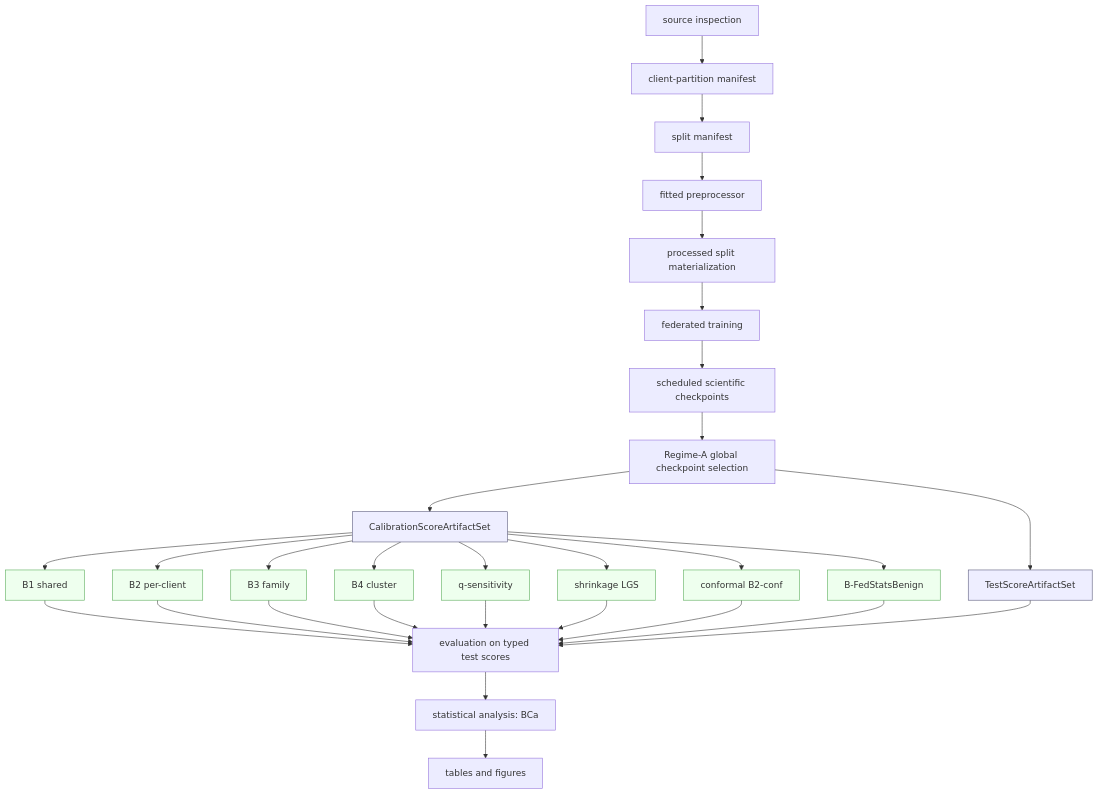
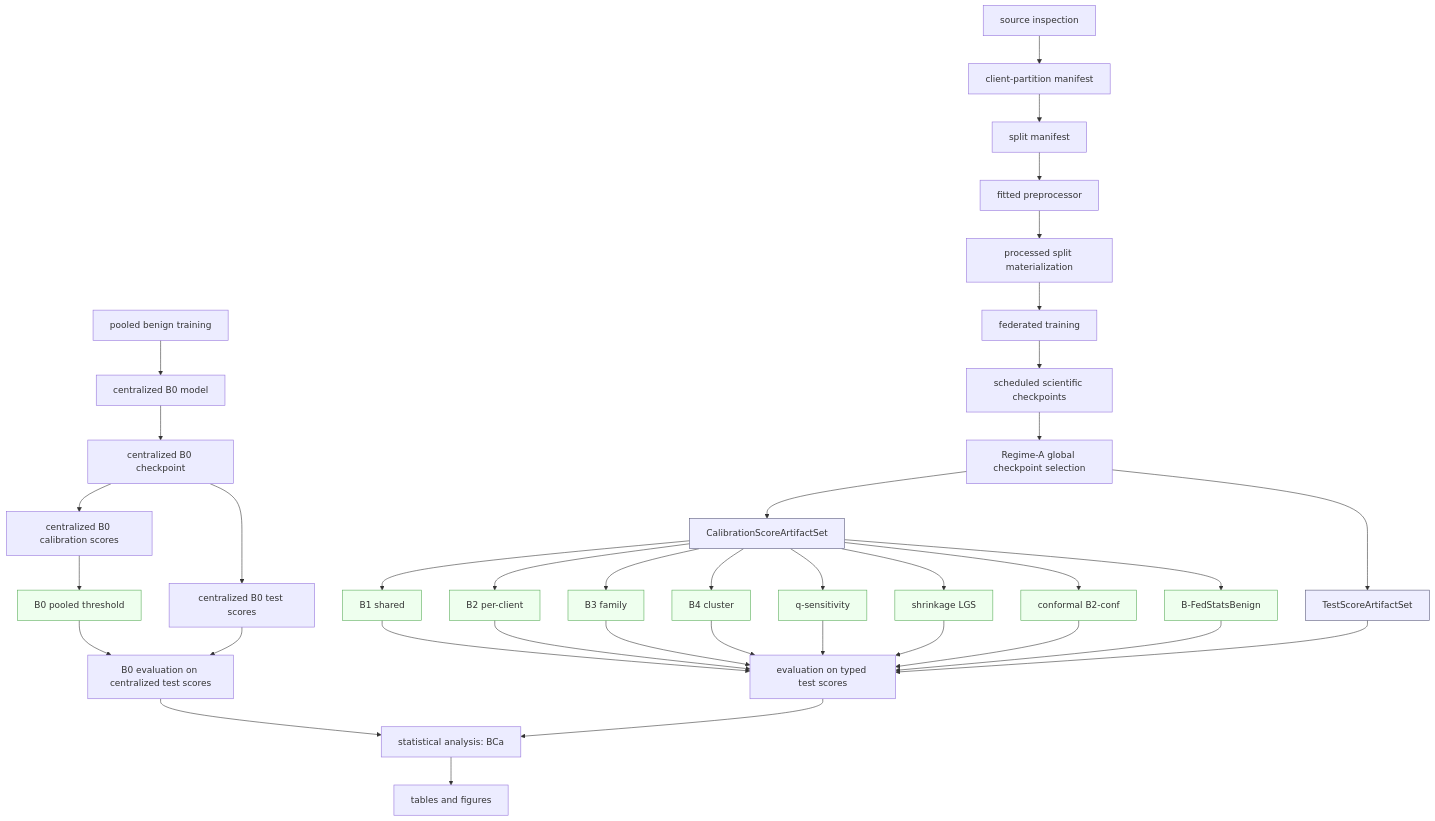
The fourth of 10 diagrams in docs/DATP Core Architecture.md (naslouby-salahe/datp-core), drawn with Mermaid before and after one commit. The commit also changed other lines of this file, not shown here.

````diff
--- a/docs/DATP Core Architecture.md
+++ b/docs/DATP Core Architecture.md
@@ -1302,36 +1374,44 @@
 ```mermaid
 graph TD
     DS[source inspection] --> PT[client-partition manifest]
     PT --> SP[split manifest]
     SP --> PF[fitted preprocessor]
     PF --> PM[processed split materialization]
     PM --> TR[federated training]
     TR --> CK[scheduled scientific checkpoints]
     CK --> CS[Regime-A global checkpoint selection]
     CS --> CA[CalibrationScoreArtifactSet]
     CS --> TS[TestScoreArtifactSet]
     CA --> B1[B1 shared]
     CA --> B2[B2 per-client]
     CA --> B3[B3 family]
     CA --> B4[B4 cluster]
     CA --> QV[q-sensitivity]
     CA --> SH[shrinkage LGS]
     CA --> CF[conformal B2-conf]
     CA --> FS[B-FedStatsBenign]
+    PB[pooled benign training] --> CM[centralized B0 model]
+    CM --> CC[centralized B0 checkpoint]
+    CC --> B0C[centralized B0 calibration scores]
+    CC --> B0T[centralized B0 test scores]
+    B0C --> B0[B0 pooled threshold]
     B1 --> EV[evaluation on typed test scores]
     B2 --> EV
     B3 --> EV
     B4 --> EV
     QV --> EV
     SH --> EV
     CF --> EV
     FS --> EV
     TS --> EV
+    B0 --> B0E[B0 evaluation on centralized test scores]
+    B0T --> B0E
+    B0E --> ST
     EV --> ST[statistical analysis: BCa]
     ST --> RP[tables and figures]
 
     classDef shared fill:#eef,stroke:#557;
     classDef policy fill:#efe,stroke:#5a5;
     class CA,TS shared;
-    class B1,B2,B3,B4,QV,SH,CF,FS policy;
+    class B1,B2,B3,B4,QV,SH,CF,FS,B0 policy;
 ```
````
